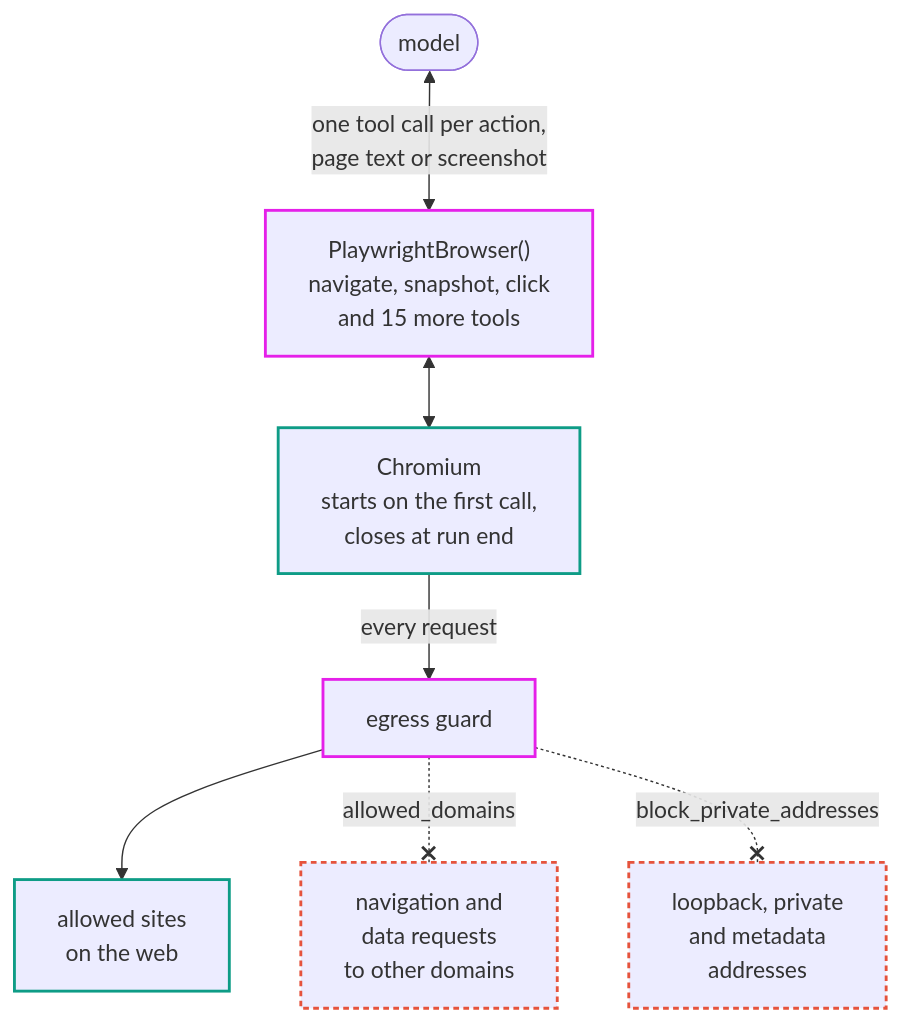
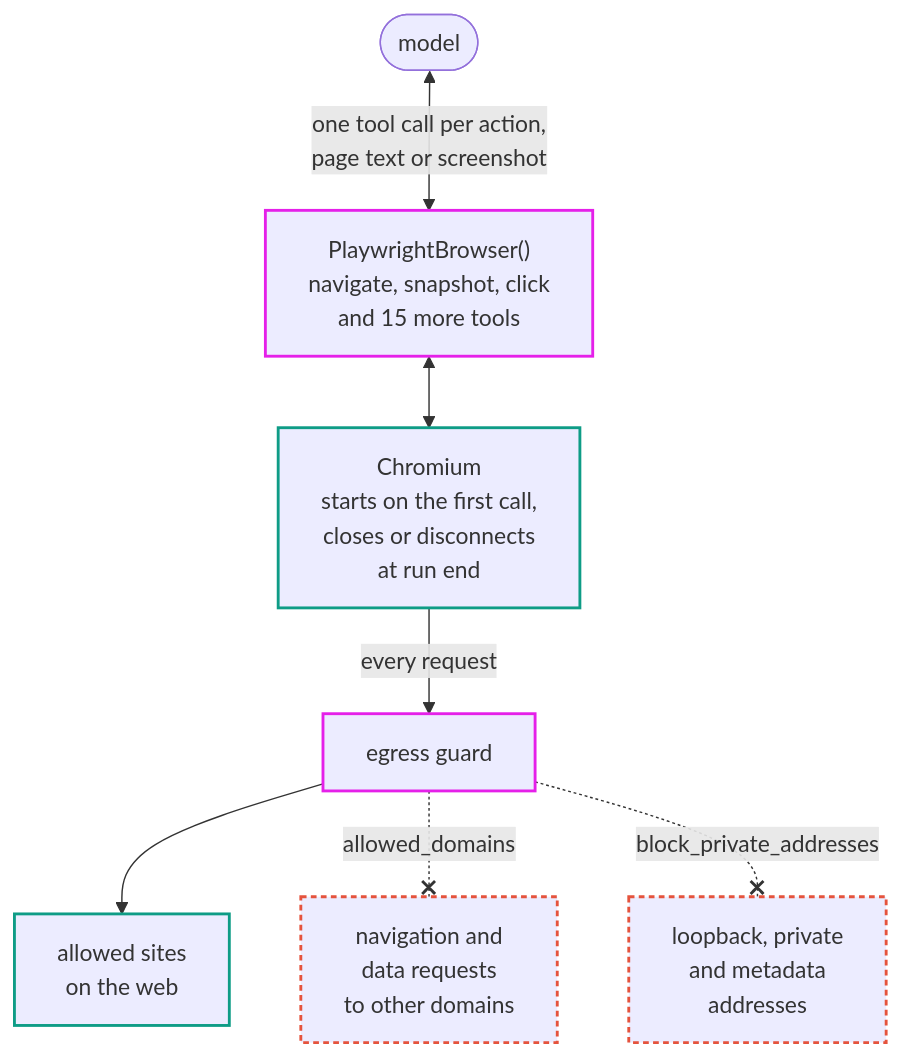
One commit to pydantic/pydantic-ai changed the diagram in docs/harness/playwright.md. Above: the diagram before and after it, drawn with Mermaid. The commit also changed other lines of this file and 7 other files, not shown here.

````diff
--- a/docs/harness/playwright.md
+++ b/docs/harness/playwright.md
@@ -29,21 +29,21 @@
 ```mermaid
 flowchart TB
     accTitle: Playwright Browser: the model drives a real browser
     accDescr: The model calls PlaywrightBrowser tools (navigate, snapshot, click and 15 more), one call per action, for page text or screenshot. They run Chromium from the first call to run end. An egress guard passes every request to allowed sites, except navigation and data requests to other domains (allowed_domains) and loopback, private and metadata addresses (block_private_addresses).
     model(["model"])
     browser["PlaywrightBrowser()<br/>navigate, snapshot, click<br/>and 15 more tools"]:::capability
-    chromium["Chromium<br/>starts on the first call,<br/>closes at run end"]:::external
+    chromium["Chromium<br/>starts on the first call,<br/>closes or disconnects<br/>at run end"]:::external
     guard["egress guard"]:::capability
     web["allowed sites<br/>on the web"]:::external
     offlist["navigation and<br/>data requests<br/>to other domains"]:::blocked
     private["loopback, private<br/>and metadata<br/>addresses"]:::blocked
     model <-->|"one tool call per action,<br/>page text or screenshot"| browser
     browser <--> chromium
     chromium -->|"every request"| guard
     guard --> web
     guard -.-x|"allowed_domains"| offlist
     guard -.-x|"block_private_addresses"| private
     classDef capability stroke:#E520E9,stroke-width:2px
     classDef external stroke:#0E9C86,stroke-width:2px
     classDef blocked stroke:#E5533D,stroke-width:2px,stroke-dasharray:4 3
 ```
````
